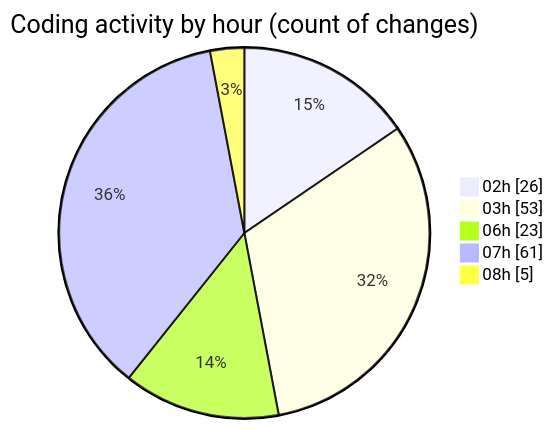
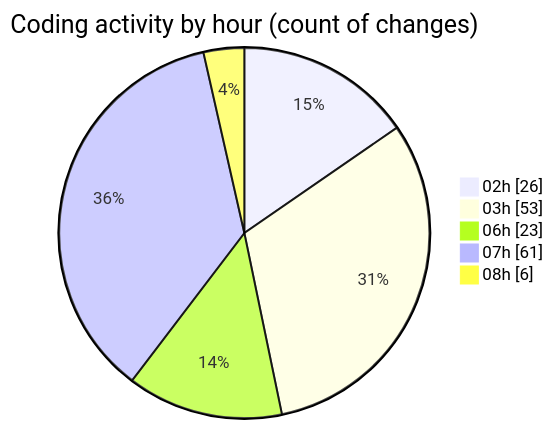
The second of 2 diagrams in 2025-02-22/micros/README.md (charlie-sans/code-tracking), drawn with Mermaid before and after one commit. The commit also changed other lines of this file and 1 other file, not shown here.

````diff
--- a/2025-02-22/micros/README.md
+++ b/2025-02-22/micros/README.md
@@ -72,9 +72,9 @@
 ```mermaid
 pie showData
 title Coding activity by hour (count of changes)
 "02h" : 26
 "03h" : 53
 "06h" : 23
 "07h" : 61
-"08h" : 5
+"08h" : 6
 ```
````
